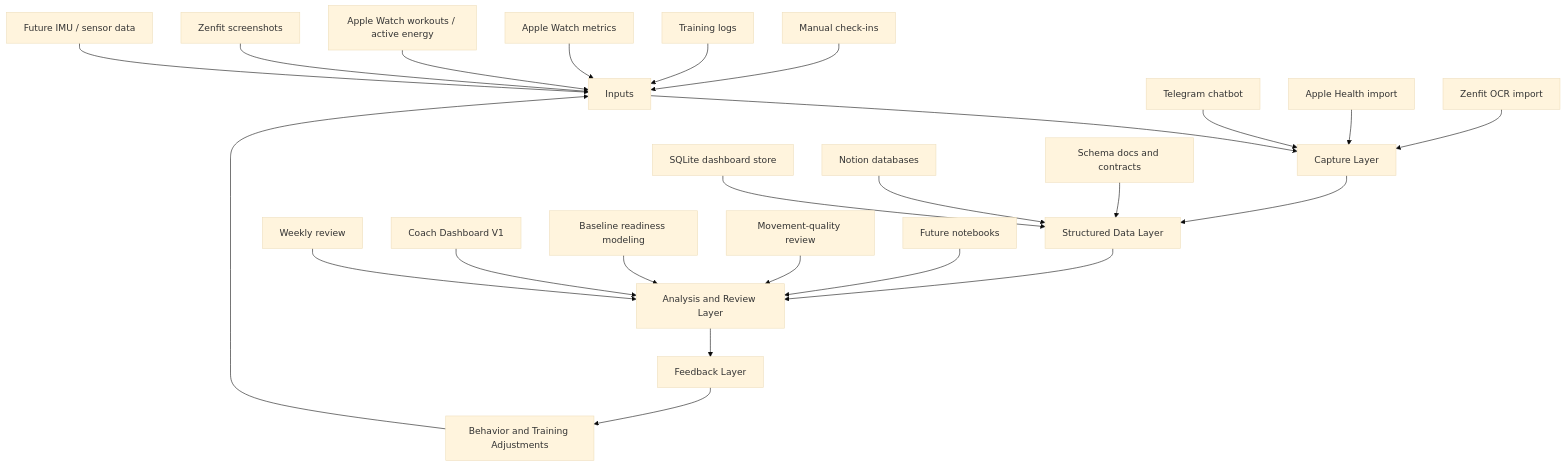
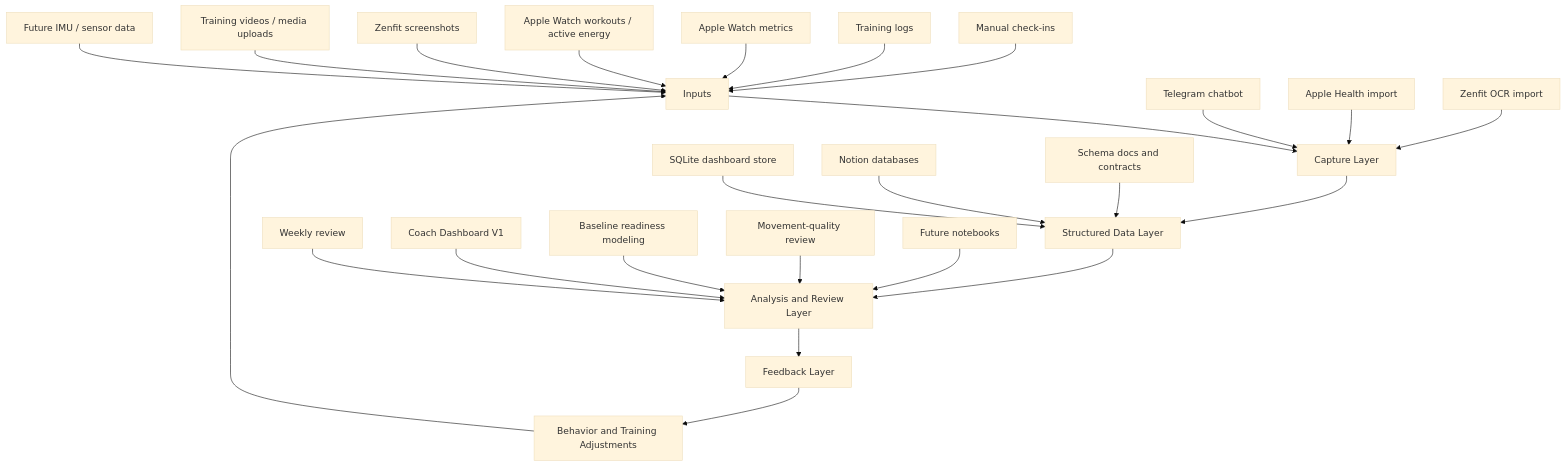
One commit to haleyparks329/the-human-model changed the diagram in docs/architecture.md. Above: the diagram before and after it, drawn with Mermaid (base theme). The commit also changed other lines of this file and 9 other files, not shown here.

````diff
--- a/docs/architecture.md
+++ b/docs/architecture.md
@@ -5,28 +5,29 @@
 ```mermaid
 flowchart TD
     A[Inputs] --> B[Capture Layer]
     B --> C[Structured Data Layer]
     C --> D[Analysis and Review Layer]
     D --> E[Feedback Layer]
     E --> F[Behavior and Training Adjustments]
     F --> A
 
     A1[Manual check-ins] --> A
     A2[Training logs] --> A
     A3[Apple Watch metrics] --> A
     A6[Apple Watch workouts / active energy] --> A
     A4[Zenfit screenshots] --> A
+    A7[Training videos / media uploads] --> A
     A5[Future IMU / sensor data] --> A
 
     B1[Telegram chatbot] --> B
     B2[Apple Health import] --> B
     B3[Zenfit OCR import] --> B
     C1[SQLite dashboard store] --> C
     C2[Notion databases] --> C
     C3[Schema docs and contracts] --> C
     D1[Weekly review] --> D
     D2[Coach Dashboard V1] --> D
     D3[Baseline readiness modeling] --> D
     D5[Movement-quality review] --> D
     D4[Future notebooks] --> D
 ```
````
